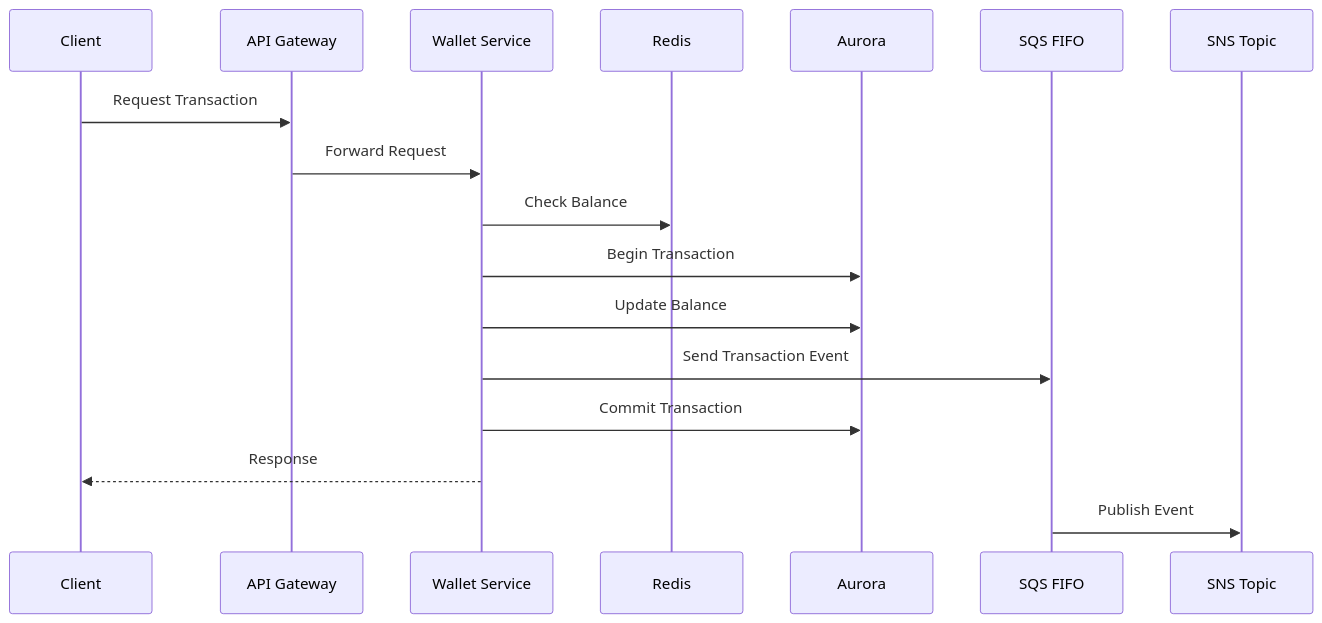
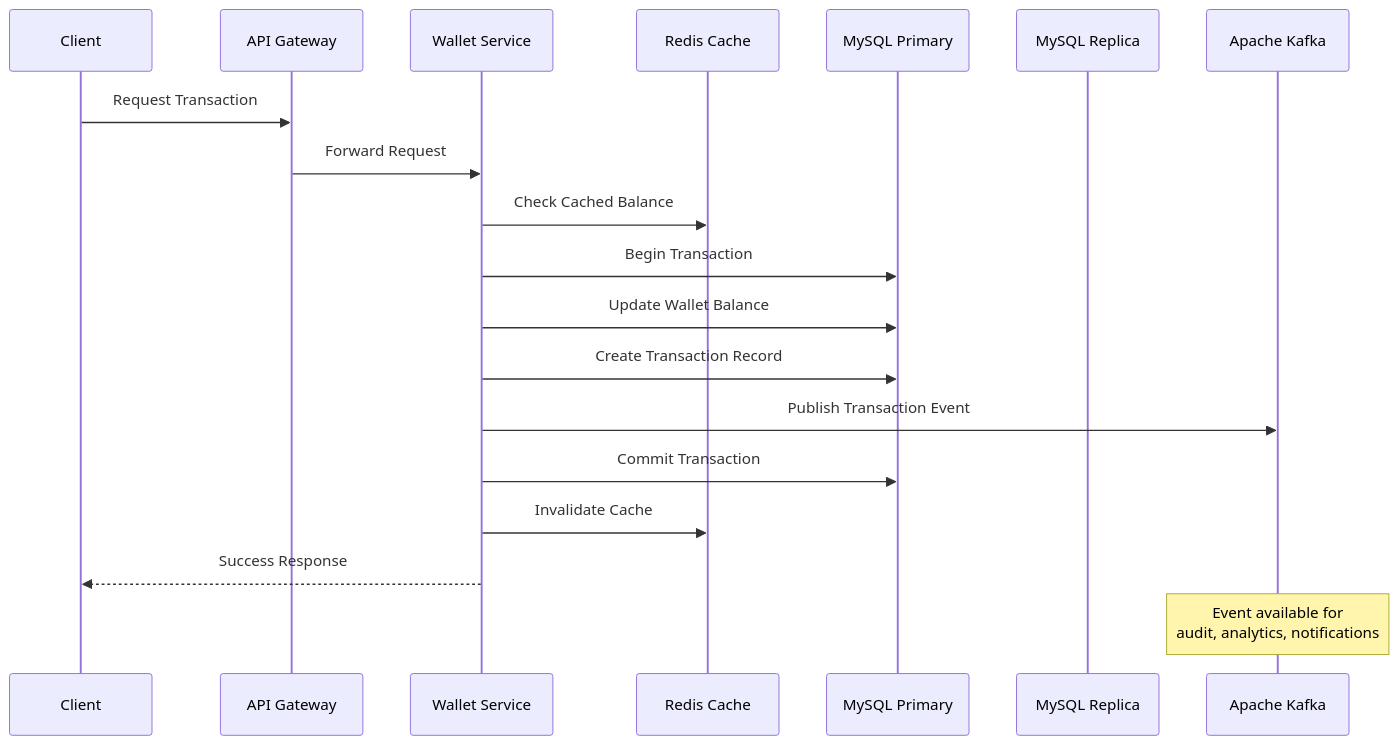
One commit to thiago2santos/wallet-service changed the second of 2 diagrams in docs/architecture.md. Above: the diagram before and after it, drawn with Mermaid. The commit also changed other lines of this file, not shown here.

First line of the commit message:
fix: correct architecture diagrams to reflect actual Kafka implementation

````diff
--- a/docs/architecture.md
+++ b/docs/architecture.md
@@ -65,20 +65,23 @@
 ```mermaid
 sequenceDiagram
     participant C as Client
     participant API as API Gateway
     participant WS as Wallet Service
-    participant Cache as Redis
-    participant DB as Aurora
-    participant Q as SQS FIFO
-    participant SNS as SNS Topic
+    participant Cache as Redis Cache
+    participant DB_W as MySQL Primary
+    participant DB_R as MySQL Replica
+    participant KAFKA as Apache Kafka
 
     C->>API: Request Transaction
     API->>WS: Forward Request
-    WS->>Cache: Check Balance
-    WS->>DB: Begin Transaction
-    WS->>DB: Update Balance
-    WS->>Q: Send Transaction Event
-    WS->>DB: Commit Transaction
-    WS-->>C: Response
-    Q->>SNS: Publish Event
+    WS->>Cache: Check Cached Balance
+    WS->>DB_W: Begin Transaction
+    WS->>DB_W: Update Wallet Balance
+    WS->>DB_W: Create Transaction Record
+    WS->>KAFKA: Publish Transaction Event
+    WS->>DB_W: Commit Transaction
+    WS->>Cache: Invalidate Cache
+    WS-->>C: Success Response
+    
+    Note over KAFKA: Event available for<br/>audit, analytics, notifications
 ```
````
